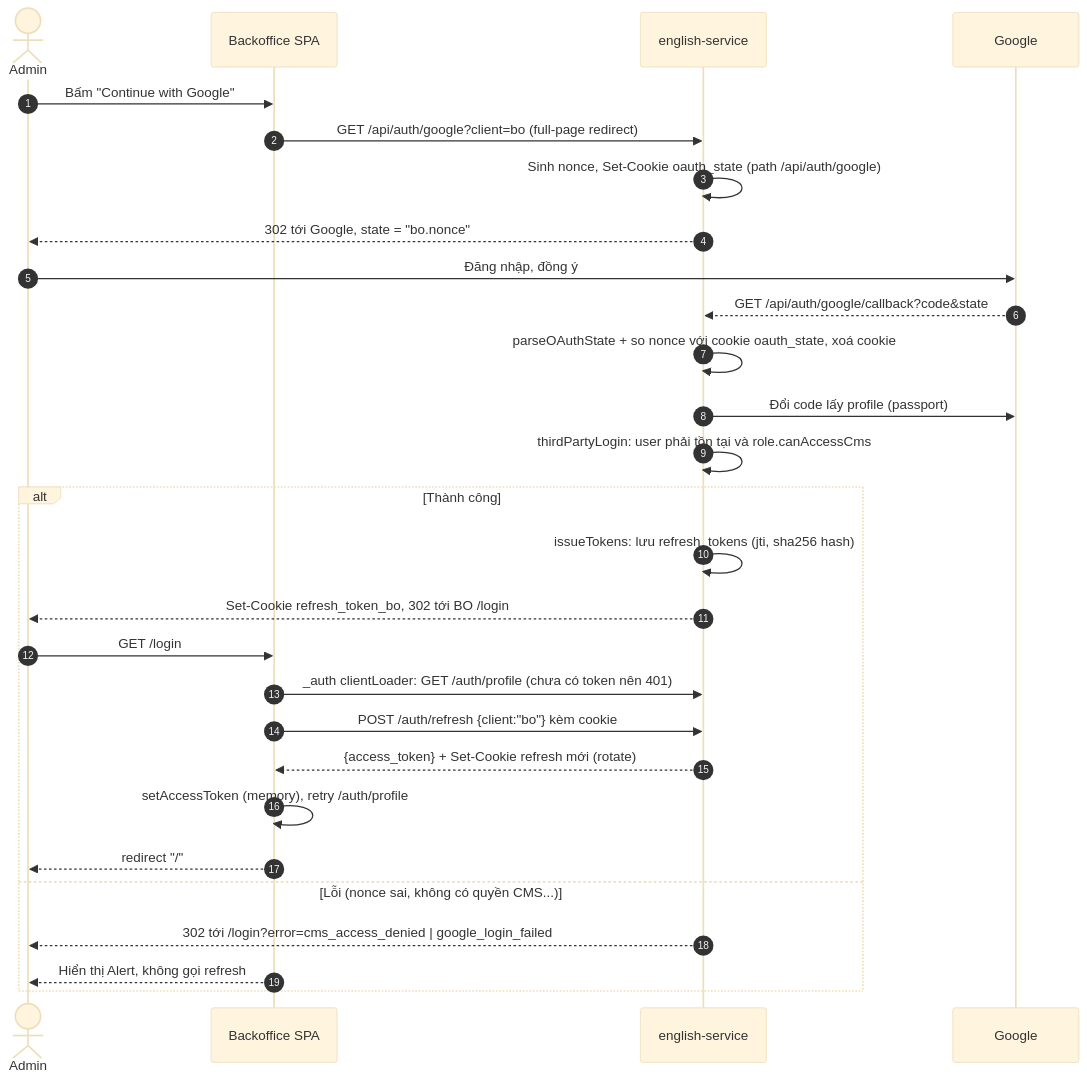
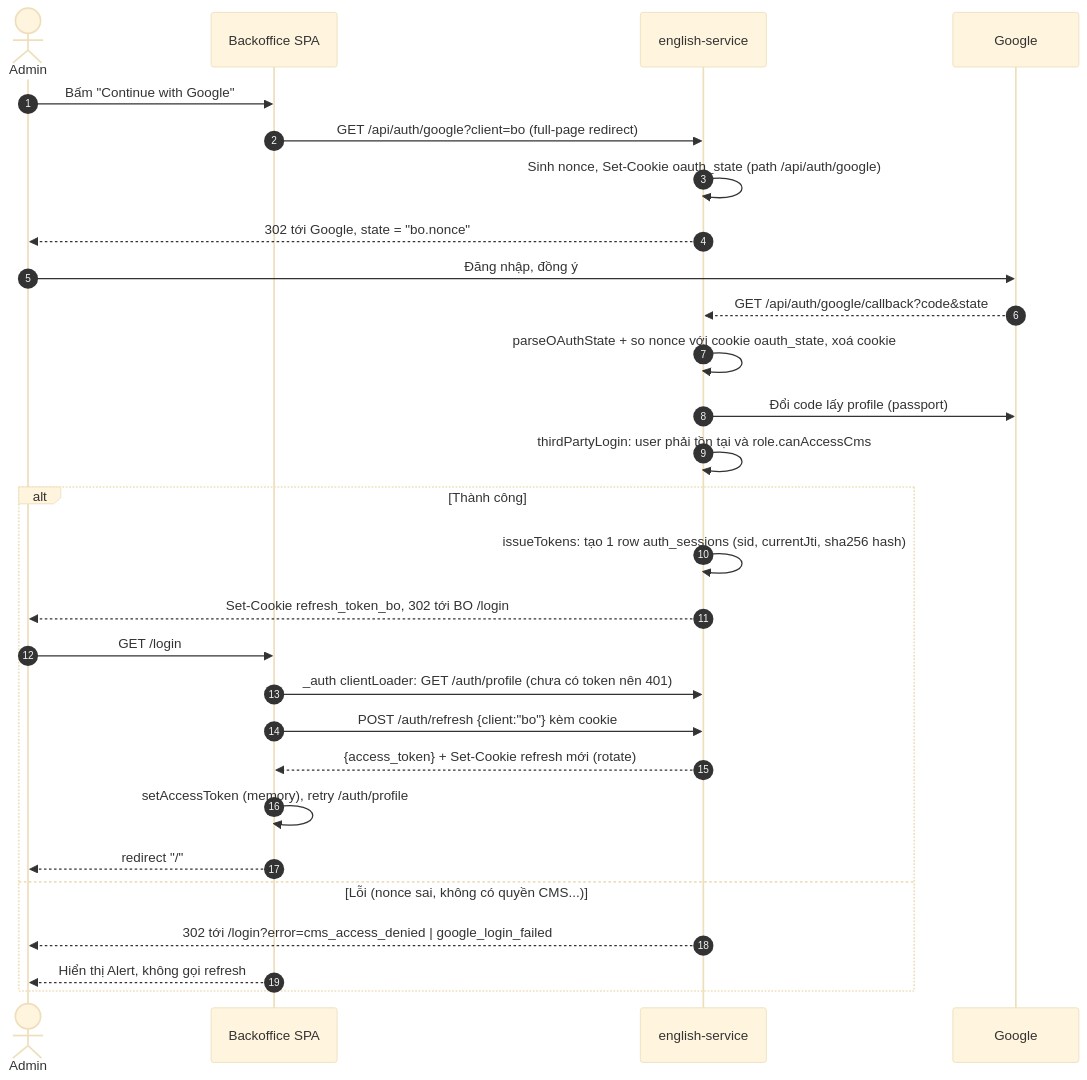
One commit to TriThuc2321/english-service changed the second of 8 diagrams in docs/auth-flow.md. Above: the diagram before and after it, drawn with Mermaid (base theme). The commit also changed other lines of this file and 7 other files, not shown here.

````diff
--- a/docs/auth-flow.md
+++ b/docs/auth-flow.md
@@ -44,31 +44,31 @@
 ```mermaid
 sequenceDiagram
   autonumber
   actor U as Admin
   participant BO as Backoffice SPA
   participant BE as english-service
   participant G as Google
 
   U->>BO: Bấm "Continue with Google"
   BO->>BE: GET /api/auth/google?client=bo (full-page redirect)
   BE->>BE: Sinh nonce, Set-Cookie oauth_state (path /api/auth/google)
   BE-->>U: 302 tới Google, state = "bo.nonce"
   U->>G: Đăng nhập, đồng ý
   G-->>BE: GET /api/auth/google/callback?code&state
   BE->>BE: parseOAuthState + so nonce với cookie oauth_state, xoá cookie
   BE->>G: Đổi code lấy profile (passport)
   BE->>BE: thirdPartyLogin: user phải tồn tại và role.canAccessCms
   alt Thành công
-    BE->>BE: issueTokens: lưu refresh_tokens (jti, sha256 hash)
+    BE->>BE: issueTokens: tạo 1 row auth_sessions (sid, currentJti, sha256 hash)
     BE-->>U: Set-Cookie refresh_token_bo, 302 tới BO /login
     U->>BO: GET /login
     BO->>BE: _auth clientLoader: GET /auth/profile (chưa có token nên 401)
     BO->>BE: POST /auth/refresh {client:"bo"} kèm cookie
     BE-->>BO: {access_token} + Set-Cookie refresh mới (rotate)
     BO->>BO: setAccessToken (memory), retry /auth/profile
     BO-->>U: redirect "/"
   else Lỗi (nonce sai, không có quyền CMS...)
     BE-->>U: 302 tới /login?error=cms_access_denied | google_login_failed
     BO-->>U: Hiển thị Alert, không gọi refresh
   end
 ```
````
